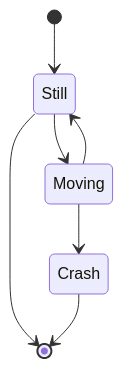
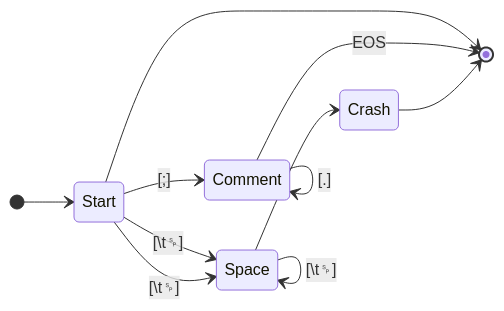
The diagram in lib/bes/config/ini/mmd/ini.mmd (reconstruir/bes), drawn with Mermaid before and after one commit. The commit also changed 2 other files, not shown here.

```diff
--- a/lib/bes/config/ini/mmd/ini.mmd
+++ b/lib/bes/config/ini/mmd/ini.mmd
@@ -1,7 +1,12 @@
 stateDiagram-v2
-  [*] --> Still
-  Still --> [*]
-  Still --> Moving
-  Moving --> Still
-  Moving --> Crash
+  direction LR
+  [*] --> Start
+  Start --> [*]
+  Start --> Comment: [#0059;]
+  Start --> Space: [\t␠]
+  Start --> Space: [\t␠]
+  Space --> Space: [\t␠]
+  Space --> Crash
+  Comment --> Comment: [.]
+  Comment --> [*]: EOS
   Crash --> [*]
```
